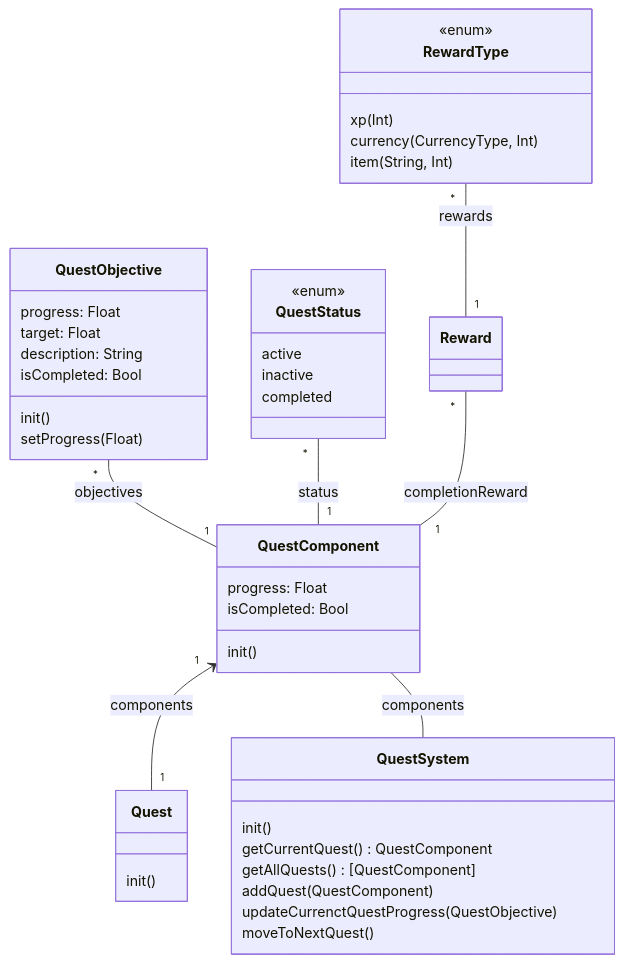
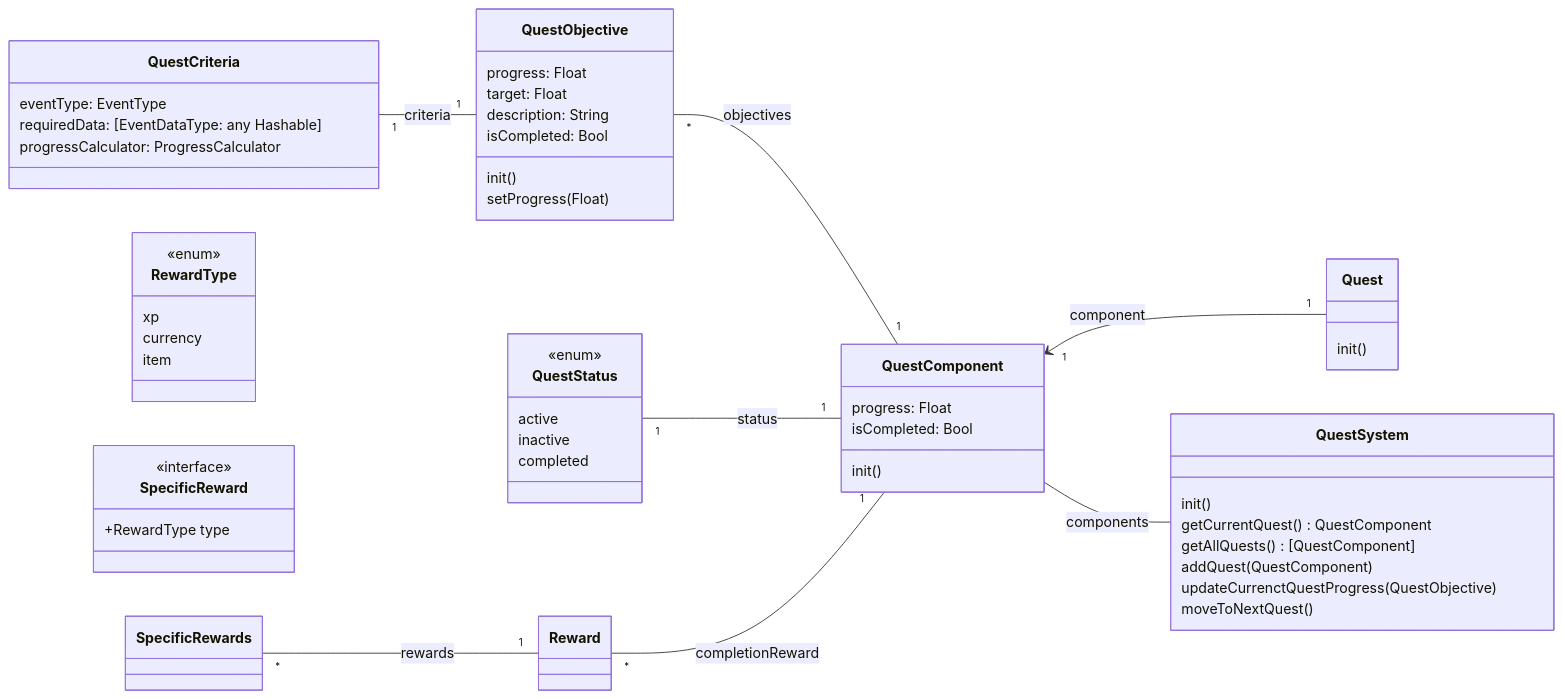
The diagram in sprint1/quest-ecs.mmd (Ah-Leongs-Farm/mermaid-diagrams), drawn with Mermaid before and after one commit. The commit also changed 3 other files, not shown here.

Commit message:
add turn diagram

```diff
--- a/sprint1/quest-ecs.mmd
+++ b/sprint1/quest-ecs.mmd
@@ -1,51 +1,64 @@
-classDiagram 
+classDiagram
+    direction LR
     class QuestStatus {
         <<enum>>
         active
         inactive
         completed
     }
 
     class QuestObjective {
         progress: Float
         target: Float
         description: String
         isCompleted: Bool
         init()
         setProgress(Float)
     }
+    
+    class QuestCriteria {
+        eventType: EventType
+        requiredData: [EventDataType: any Hashable]
+        progressCalculator: ProgressCalculator
+    }
 
     class Reward
 
     class RewardType {
         <<enum>>
-        xp(Int)
-        currency(CurrencyType, Int)
-        item(String, Int)
+        xp
+        currency
+        item
+    }
+    
+    class SpecificReward {
+        <<interface>>
+        +RewardType type
     }
 
     class QuestComponent {
         progress: Float
         isCompleted: Bool
         init()
     }
 
     class Quest {
         init()
     }
 
     class QuestSystem {
         init()
         getCurrentQuest() QuestComponent
         getAllQuests() [QuestComponent]
         addQuest(QuestComponent)
         updateCurrenctQuestProgress(QuestObjective)
         moveToNextQuest()
     }
-
+    
+    QuestCriteria "1" -- "1" QuestObjective: criteria
     QuestObjective "*" -- "1" QuestComponent: objectives
-    QuestStatus "*" -- "1" QuestComponent: status
+    QuestStatus "1" -- "1" QuestComponent: status
     Reward "*" -- "1" QuestComponent: completionReward
-    QuestComponent "1" <-- "1" Quest : components
+    QuestComponent "1" <-- "1" Quest : component
     QuestComponent -- QuestSystem : components
-    RewardType "*" -- "1" Reward : rewards
+    SpecificRewards "*" -- "1" Reward : rewards
```
